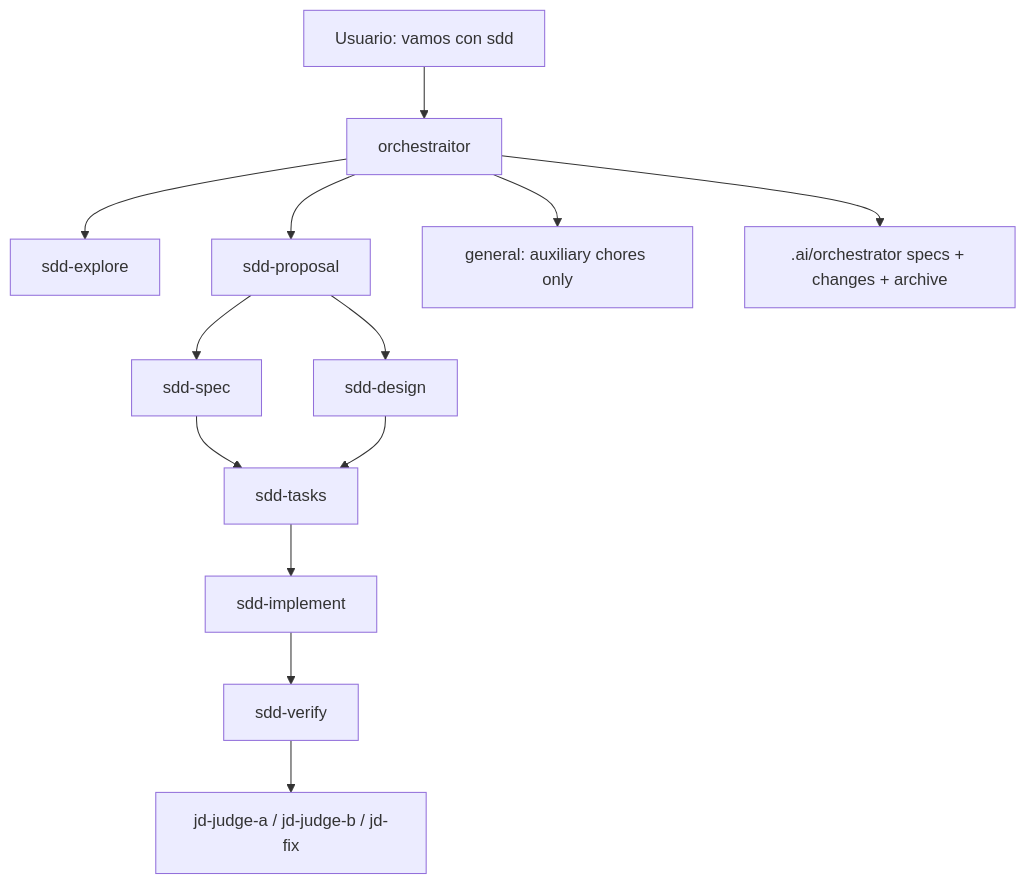
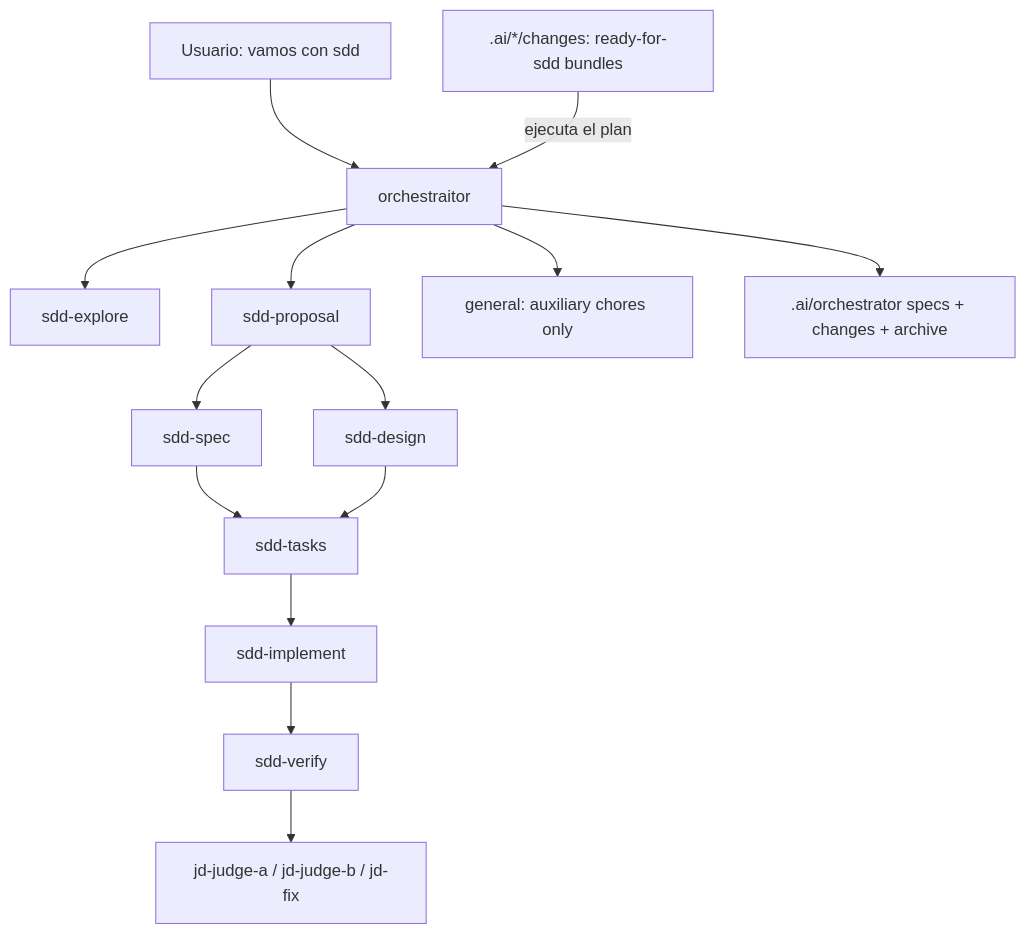
Before and after one commit to andresnator/agents-orchestrator: the diagram in domains/sdd/README.md, drawn with Mermaid. The commit also changed other lines of this file and 40 other files, not shown here.

````diff
--- a/domains/sdd/README.md
+++ b/domains/sdd/README.md
@@ -16,15 +18,16 @@
 ```mermaid
 graph TD
   user[Usuario: vamos con sdd] --> orch[orchestraitor]
+  intake[".ai/*/changes: ready-for-sdd bundles"] -->|ejecuta el plan| orch
   orch --> explore[sdd-explore]
   orch --> proposal[sdd-proposal]
   proposal --> spec[sdd-spec]
   proposal --> design[sdd-design]
   spec --> tasks[sdd-tasks]
   design --> tasks
   tasks --> implement[sdd-implement]
   implement --> verify[sdd-verify]
   verify --> jd[jd-judge-a / jd-judge-b / jd-fix]
   orch --> aux[general: auxiliary chores only]
   orch --> files[.ai/orchestrator specs + changes + archive]
 ```
````
